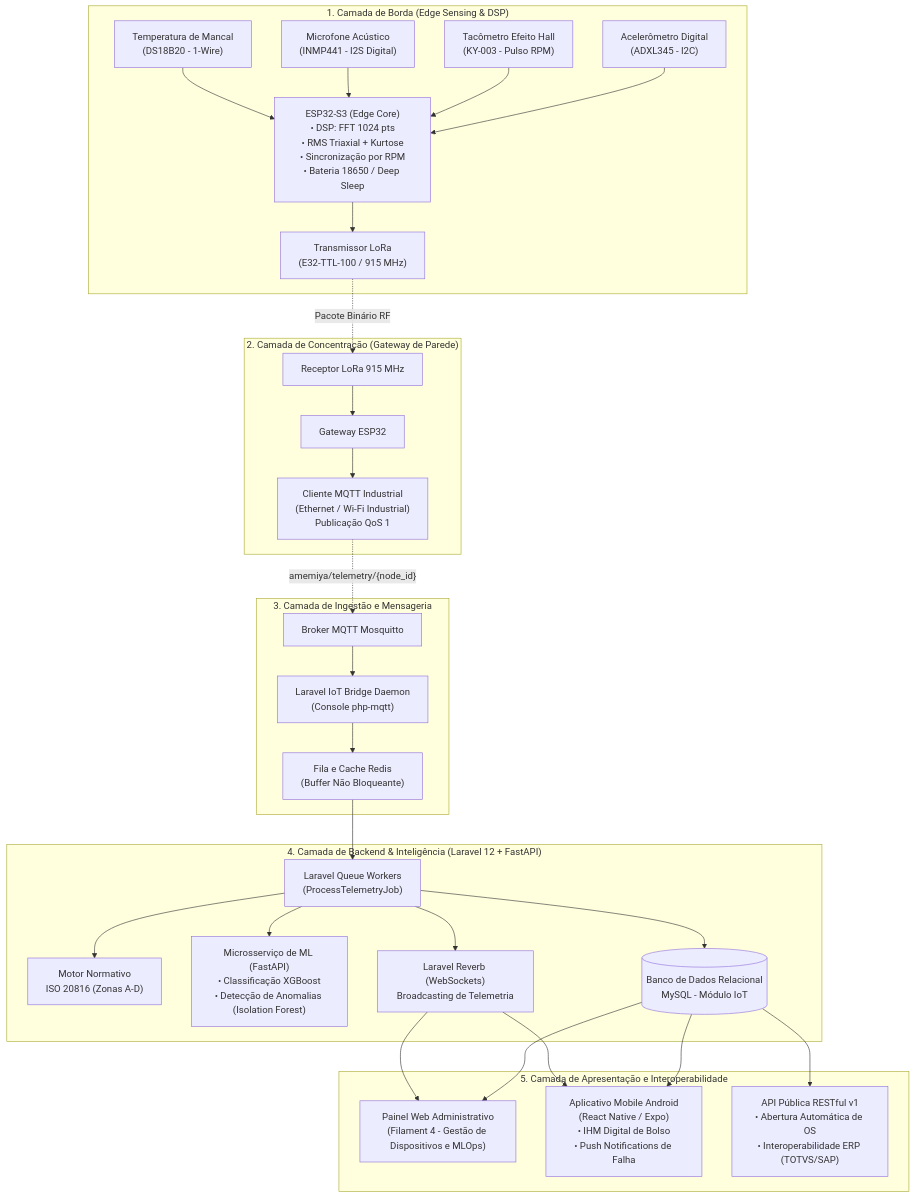
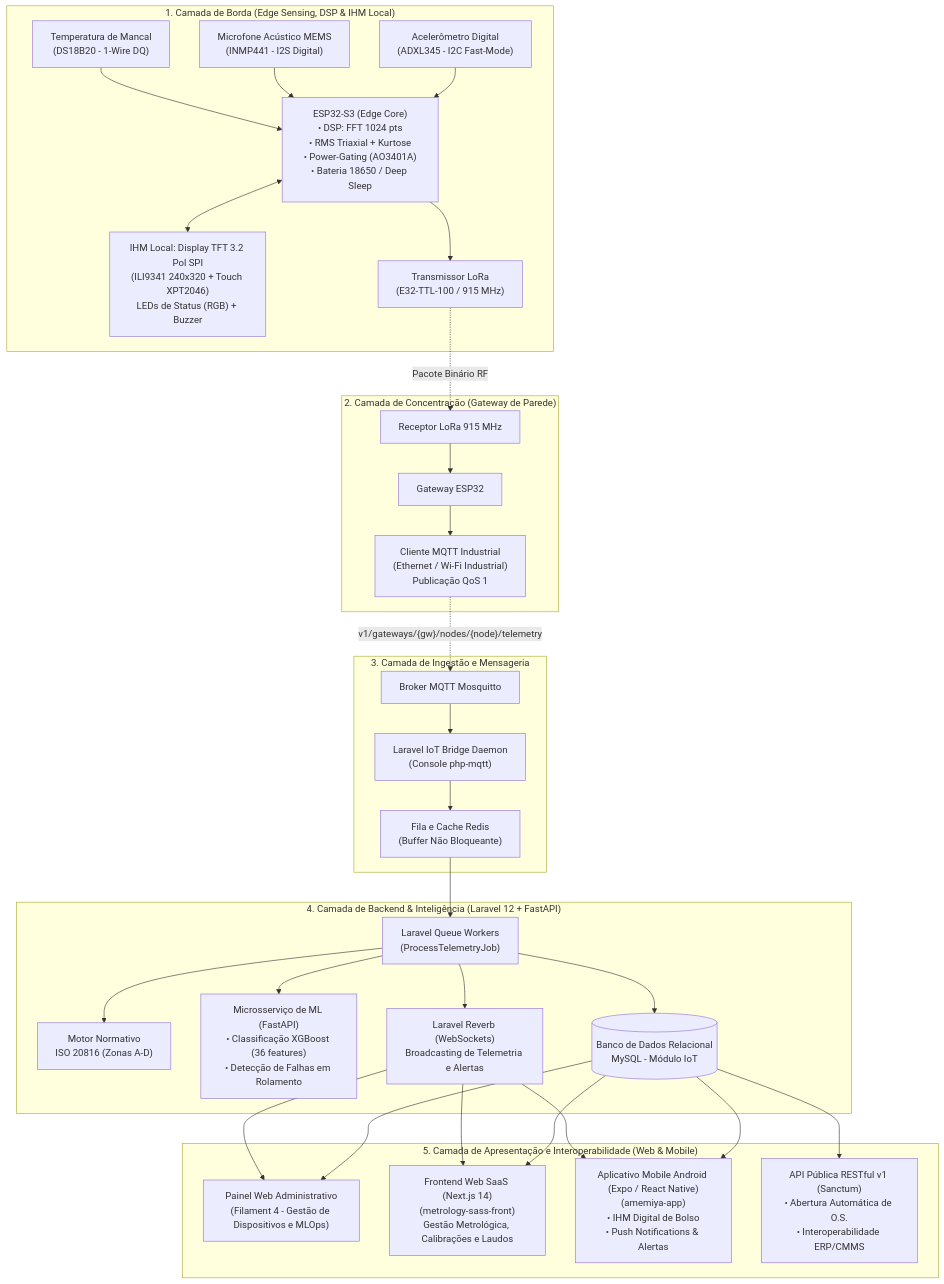
One commit to Andre-Macedo/amemiya changed the first of 2 diagrams in docs/Arquitetura_Software_e_Banco_de_Dados_IoT.md. Above: the diagram before and after it, drawn with Mermaid. The commit also changed other lines of this file and 19 other files, not shown here.

````diff
--- a/docs/Arquitetura_Software_e_Banco_de_Dados_IoT.md
+++ b/docs/Arquitetura_Software_e_Banco_de_Dados_IoT.md
@@ -19,36 +19,37 @@
 ```mermaid
 flowchart TD
-    subgraph EDGE["1. Camada de Borda (Edge Sensing & DSP)"]
-        S_VIB["Acelerômetro Digital\n(ADXL345 - I2C)"] --> ESP["ESP32-S3 (Edge Core)\n• DSP: FFT 1024 pts\n• RMS Triaxial + Kurtose\n• Sincronização por RPM\n• Bateria 18650 / Deep Sleep"]
-        S_TAC["Tacômetro Efeito Hall\n(KY-003 - Pulso RPM)"] --> ESP
-        S_MIC["Microfone Acústico\n(INMP441 - I2S Digital)"] --> ESP
-        S_TMP["Temperatura de Mancal\n(DS18B20 - 1-Wire)"] --> ESP
+    subgraph EDGE["1. Camada de Borda (Edge Sensing, DSP & IHM Local)"]
+        S_VIB["Acelerômetro Digital\n(ADXL345 - I2C Fast-Mode)"] --> ESP["ESP32-S3 (Edge Core)\n• DSP: FFT 1024 pts\n• RMS Triaxial + Kurtose\n• Power-Gating (AO3401A)\n• Bateria 18650 / Deep Sleep"]
+        S_MIC["Microfone Acústico MEMS\n(INMP441 - I2S Digital)"] --> ESP
+        S_TMP["Temperatura de Mancal\n(DS18B20 - 1-Wire DQ)"] --> ESP
+        ESP <--> TFT["IHM Local: Display TFT 3.2 Pol SPI\n(ILI9341 240x320 + Touch XPT2046)\nLEDs de Status (RGB) + Buzzer"]
         ESP --> LoRa_TX["Transmissor LoRa\n(E32-TTL-100 / 915 MHz)"]
     end
 
     subgraph GW["2. Camada de Concentração (Gateway de Parede)"]
         LoRa_TX -. "Pacote Binário RF" .-> LoRa_RX["Receptor LoRa 915 MHz"]
         LoRa_RX --> GW_MCU["Gateway ESP32"]
         GW_MCU --> MQTT_PUB["Cliente MQTT Industrial\n(Ethernet / Wi-Fi Industrial)\nPublicação QoS 1"]
     end
 
     subgraph INGESTION["3. Camada de Ingestão e Mensageria"]
-        MQTT_PUB -. "amemiya/telemetry/{node_id}" .-> BROKER["Broker MQTT Mosquitto"]
+        MQTT_PUB -. "v1/gateways/{gw}/nodes/{node}/telemetry" .-> BROKER["Broker MQTT Mosquitto"]
         BROKER --> BRIDGE["Laravel IoT Bridge Daemon\n(Console php-mqtt)"]
         BRIDGE --> REDIS_BUF["Fila e Cache Redis\n(Buffer Não Bloqueante)"]
     end
 
     subgraph CORE["4. Camada de Backend & Inteligência (Laravel 12 + FastAPI)"]
         REDIS_BUF --> WORKER["Laravel Queue Workers\n(ProcessTelemetryJob)"]
         WORKER --> ISO["Motor Normativo\nISO 20816 (Zonas A-D)"]
-        WORKER --> ML_SRV["Microsserviço de ML (FastAPI)\n• Classificação XGBoost\n• Detecção de Anomalias (Isolation Forest)"]
+        WORKER --> ML_SRV["Microsserviço de ML (FastAPI)\n• Classificação XGBoost (36 features)\n• Detecção de Falhas em Rolamento"]
         WORKER --> DB[(Banco de Dados Relacional\nMySQL - Módulo IoT)]
-        WORKER --> REVERB["Laravel Reverb (WebSockets)\nBroadcasting de Telemetria"]
+        WORKER --> REVERB["Laravel Reverb (WebSockets)\nBroadcasting de Telemetria e Alertas"]
     end
 
-    subgraph PRESENTATION["5. Camada de Apresentação e Interoperabilidade"]
+    subgraph PRESENTATION["5. Camada de Apresentação e Interoperabilidade (Web & Mobile)"]
         DB & REVERB --> WEB["Painel Web Administrativo\n(Filament 4 - Gestão de Dispositivos e MLOps)"]
-        DB & REVERB --> APP["Aplicativo Mobile Android\n(React Native / Expo)\n• IHM Digital de Bolso\n• Push Notifications de Falha"]
-        DB --> API_PUB["API Pública RESTful v1\n• Abertura Automática de OS\n• Interoperabilidade ERP (TOTVS/SAP)"]
+        DB & REVERB --> SASS["Frontend Web SaaS (Next.js 14)\n(metrology-sass-front)\nGestão Metrológica, Calibrações e Laudos"]
+        DB & REVERB --> APP["Aplicativo Mobile Android (Expo / React Native)\n(amemiya-app)\n• IHM Digital de Bolso\n• Push Notifications & Alertas"]
+        DB --> API_PUB["API Pública RESTful v1 (Sanctum)\n• Abertura Automática de O.S.\n• Interoperabilidade ERP/CMMS"]
     end
 ```
````
